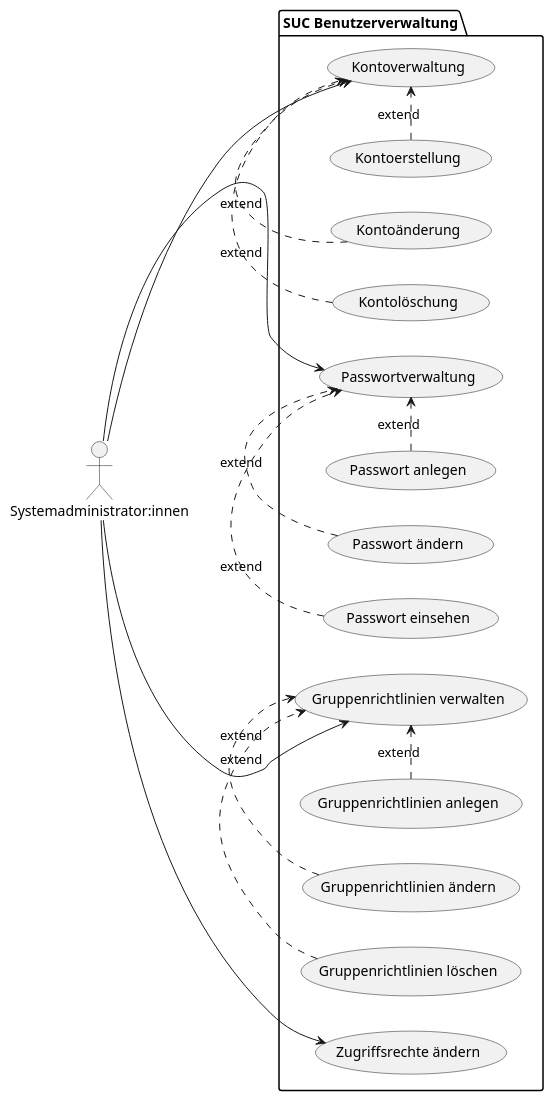
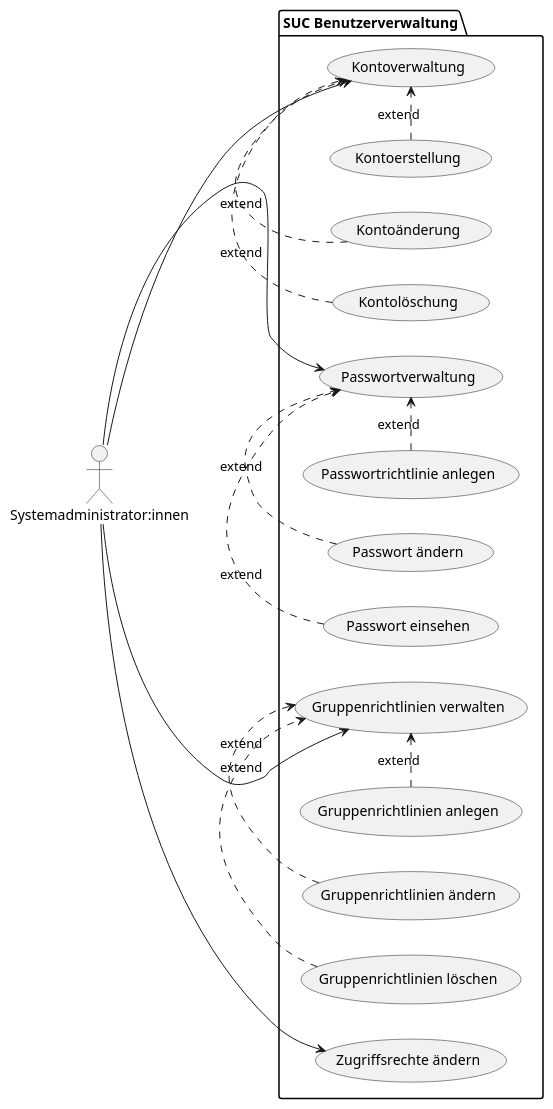
Before and after one commit to helenlaible/ss23-kba-project: the seventh of 8 diagrams in docs/2_planning/2_system_use_cases.md, drawn with PlantUML.

````diff
--- a/docs/2_planning/2_system_use_cases.md
+++ b/docs/2_planning/2_system_use_cases.md
@@ -159,42 +159,42 @@
 ```plantuml Benutzerverwaltung
 @startuml
 left to right direction
 actor "Systemadministrator:innen" as SysAdmin
 
 package "SUC Benutzerverwaltung" {
 
   usecase "Kontoverwaltung" as UC1
   usecase "Kontoerstellung" as UC2
   usecase "Kontoänderung" as UC3
   usecase "Kontolöschung" as UC4
   usecase "Zugriffsrechte ändern" as UC5
   usecase "Passwortverwaltung" as UC6
-  usecase "Passwort anlegen" as UC7
+  usecase "Passwortrichtlinie anlegen" as UC7
   usecase "Passwort ändern" as UC8
   usecase "Passwort einsehen" as UC9
   usecase "Gruppenrichtlinien verwalten" as UC10
   usecase "Gruppenrichtlinien anlegen" as UC11
   usecase "Gruppenrichtlinien ändern" as UC12
   usecase "Gruppenrichtlinien löschen" as UC13
   
 }
 
 SysAdmin --> UC1
 SysAdmin --> UC5
 SysAdmin --> UC6
 SysAdmin --> UC10
 
 (UC2).>(UC1) : extend
 (UC3).>(UC1) : extend
 (UC4).>(UC1) : extend
 
 (UC7).>(UC6) : extend
 (UC8).>(UC6) : extend
 (UC9).>(UC6) : extend
 
 (UC11).>(UC10) : extend
 (UC12).>(UC10) : extend
 (UC13).>(UC10) : extend
 
 @enduml
 ```
````
